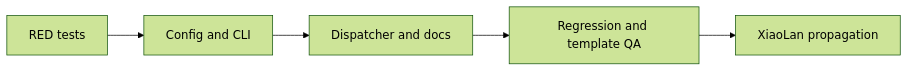
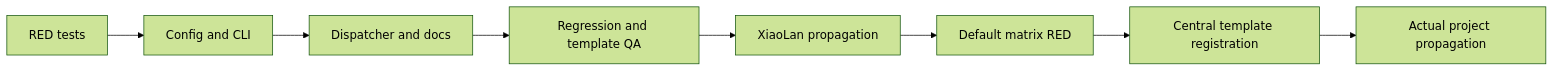
The diagram in docs/TASK.md (hollisyao2024/PromptsEngineering), drawn with Mermaid (forest theme) before and after one commit. The commit also changed other lines of this file and 14 other files, not shown here.

Commit message:
feat: FIX TEMPLATE DEFAULT COMMAND MATRIX (#60)

````diff
--- a/docs/TASK.md
+++ b/docs/TASK.md
@@ -29,7 +29,10 @@
 ```mermaid
 flowchart LR
   T1[RED tests] --> T2[Config and CLI]
   T2 --> T3[Dispatcher and docs]
   T3 --> T4[Regression and template QA]
   T4 --> T5[XiaoLan propagation]
+  T5 --> T6[Default matrix RED]
+  T6 --> T7[Central template registration]
+  T7 --> T8[Actual project propagation]
 ```
````
